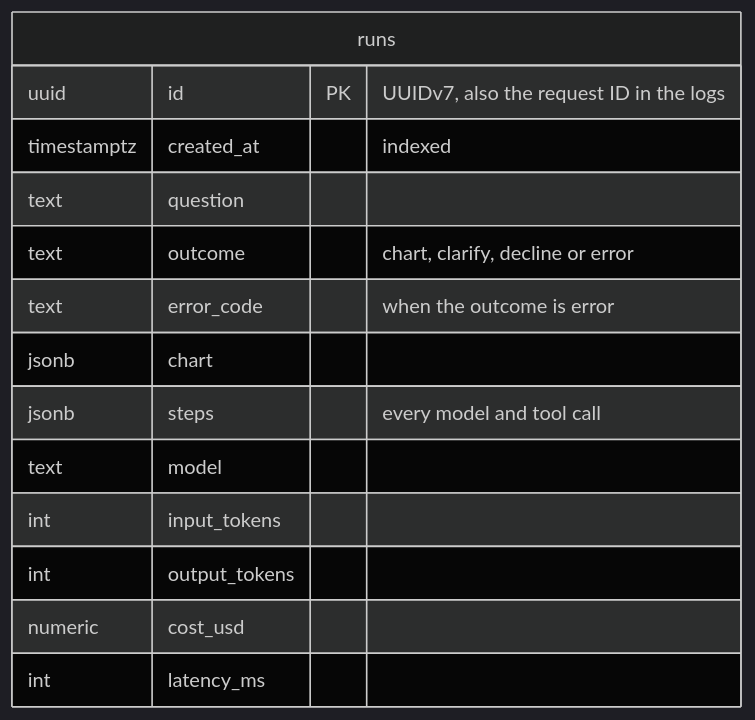
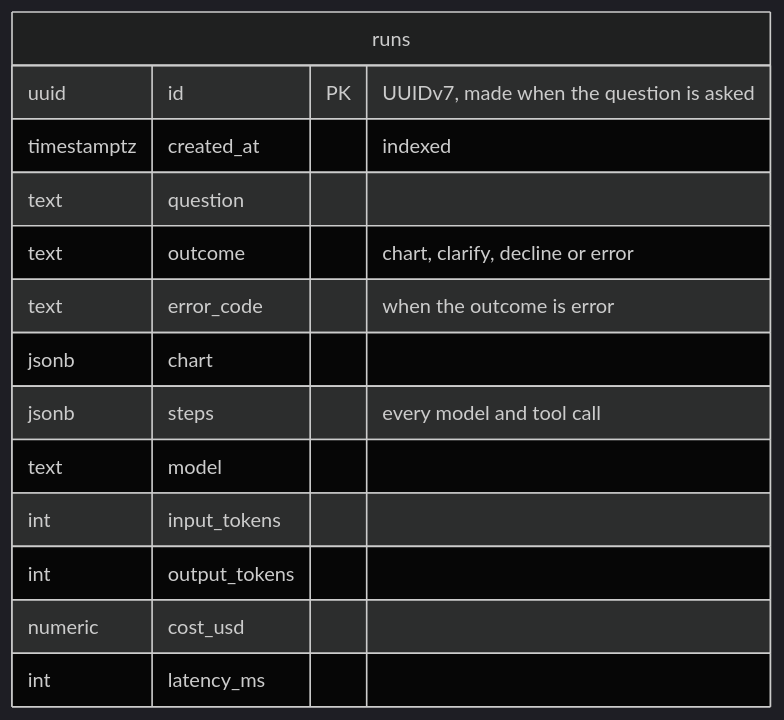
One commit to vovadyach/dashgen changed the eighth of 8 diagrams in docs/design.md. Above: the diagram before and after it, drawn with Mermaid (dark theme). The commit also changed other lines of this file and 24 other files, not shown here.

````diff
--- a/docs/design.md
+++ b/docs/design.md
@@ -380,17 +380,17 @@
 ```mermaid
 erDiagram
     runs {
-        uuid id PK "UUIDv7, also the request ID in the logs"
+        uuid id PK "UUIDv7, made when the question is asked"
         timestamptz created_at "indexed"
         text question
         text outcome "chart, clarify, decline or error"
         text error_code "when the outcome is error"
         jsonb chart
         jsonb steps "every model and tool call"
         text model
         int input_tokens
         int output_tokens
         numeric cost_usd
         int latency_ms
     }
 ```
````
